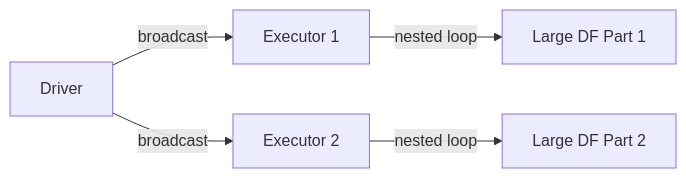
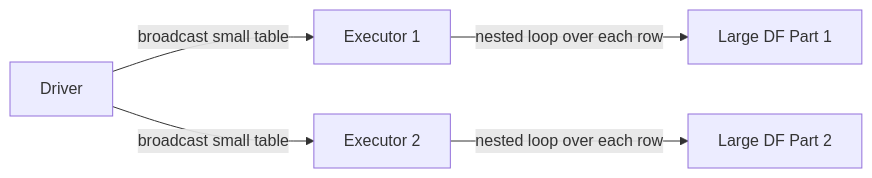
Before and after one commit to mahfooziiitian/spark-batch: the first of 2 diagrams in spark-sql/docs/join/strategy/bnlj.md, drawn with Mermaid. The commit also changed other lines of this file and 223 other files, not shown here.

````diff
--- a/spark-sql/docs/join/strategy/bnlj.md
+++ b/spark-sql/docs/join/strategy/bnlj.md
@@ -12,7 +9,7 @@
 ```mermaid
 graph LR
-    D[Driver] -->|broadcast| E1[Executor 1]
-    D -->|broadcast| E2[Executor 2]
-    E1 -->|nested loop| L1[Large DF Part 1]
-    E2 -->|nested loop| L2[Large DF Part 2]
+    D[Driver] -->|broadcast small table| E1[Executor 1]
+    D -->|broadcast small table| E2[Executor 2]
+    E1 -->|nested loop over each row| L1[Large DF Part 1]
+    E2 -->|nested loop over each row| L2[Large DF Part 2]
 ```
````
